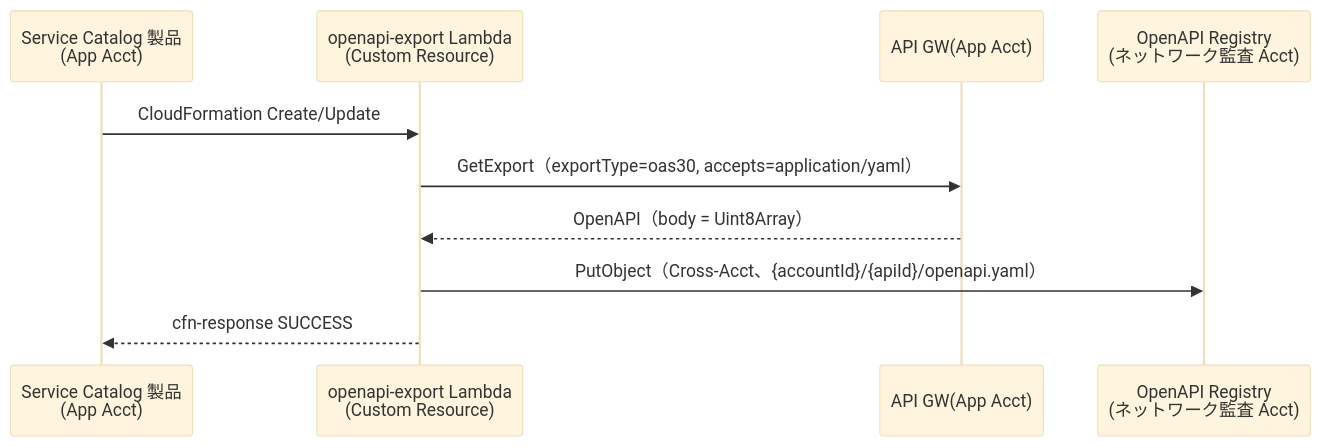
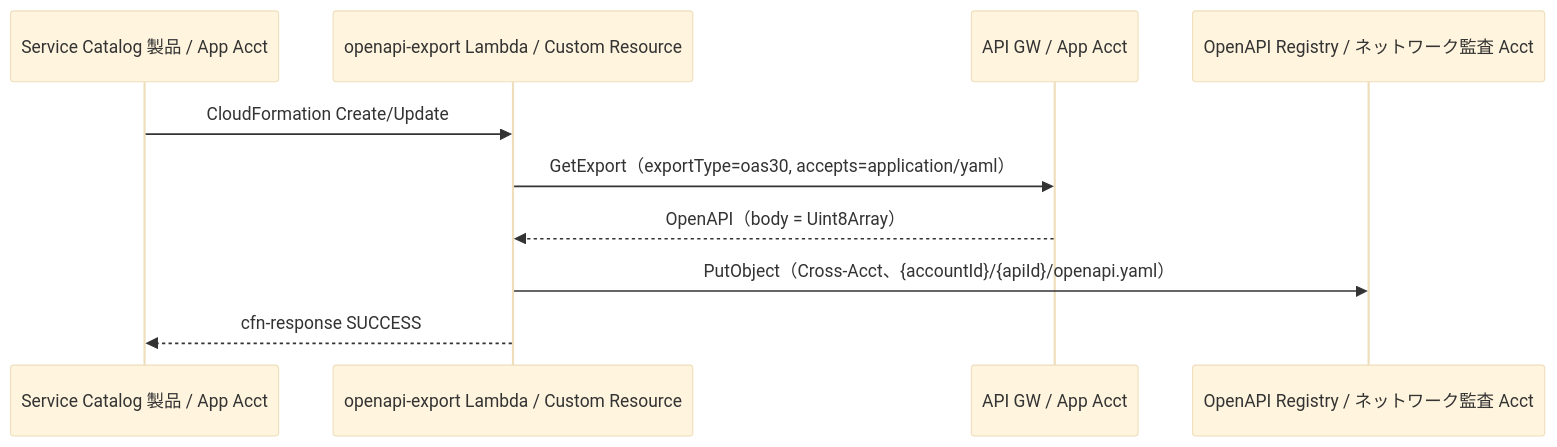
Before and after one commit to suepie/aws-atuh-poc: the first of 2 diagrams in doc/api-platform/basic-design/13-openapi-registry-design.md, drawn with Mermaid (base theme). The commit also changed 22 other files, not shown here.

````diff
--- a/doc/api-platform/basic-design/13-openapi-registry-design.md
+++ b/doc/api-platform/basic-design/13-openapi-registry-design.md
@@ -35,13 +35,13 @@
 ```mermaid
 sequenceDiagram
-    participant SC as Service Catalog 製品<br/>(App Acct)
-    participant CR as openapi-export Lambda<br/>(Custom Resource)
-    participant AGW as API GW(App Acct)
-    participant S3 as OpenAPI Registry<br/>(ネットワーク監査 Acct)
+    participant SC as Service Catalog 製品 / App Acct
+    participant CR as openapi-export Lambda / Custom Resource
+    participant AGW as API GW / App Acct
+    participant S3 as OpenAPI Registry / ネットワーク監査 Acct
 
     SC->>CR: CloudFormation Create/Update
     CR->>AGW: GetExport（exportType=oas30, accepts=application/yaml）
     AGW-->>CR: OpenAPI（body = Uint8Array）
     CR->>S3: PutObject（Cross-Acct、{accountId}/{apiId}/openapi.yaml）
     CR-->>SC: cfn-response SUCCESS
 ```
````
